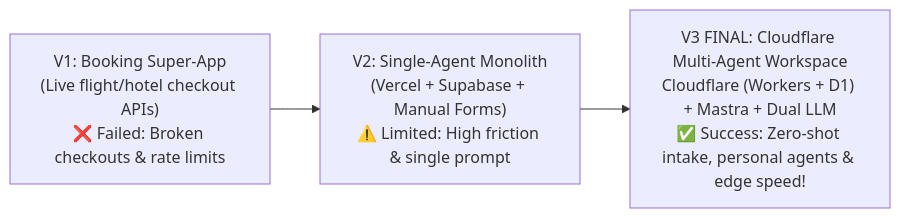
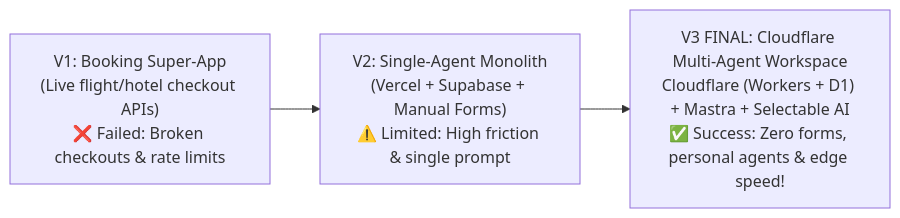
Before and after one commit to nlzce/We-are-the-champions_Plan-B: diagram 16 of 21 in README.md, drawn with Mermaid. The commit also changed other lines of this file, not shown here.

````diff
--- a/README.md
+++ b/README.md
@@ -524,5 +524,5 @@
 ```mermaid
 flowchart LR
   V1["V1: Booking Super-App<br/>(Live flight/hotel checkout APIs)<br/>❌ Failed: Broken checkouts & rate limits"] --> V2["V2: Single-Agent Monolith<br/>(Vercel + Supabase + Manual Forms)<br/>⚠️ Limited: High friction & single prompt"]
-  V2 --> V3["V3 FINAL: Cloudflare Multi-Agent Workspace<br/>Cloudflare (Workers + D1) + Mastra + Dual LLM<br/>✅ Success: Zero-shot intake, personal agents & edge speed!"]
+  V2 --> V3["V3 FINAL: Cloudflare Multi-Agent Workspace<br/>Cloudflare (Workers + D1) + Mastra + Selectable AI<br/>✅ Success: Zero forms, personal agents & edge speed!"]
 ```
````
